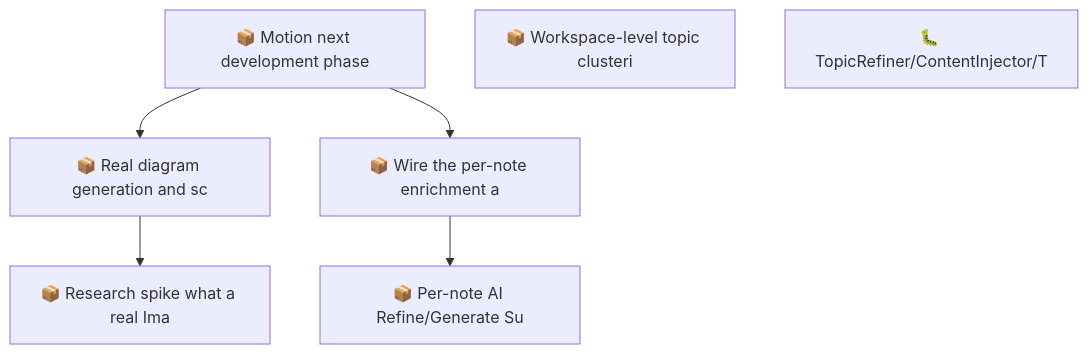
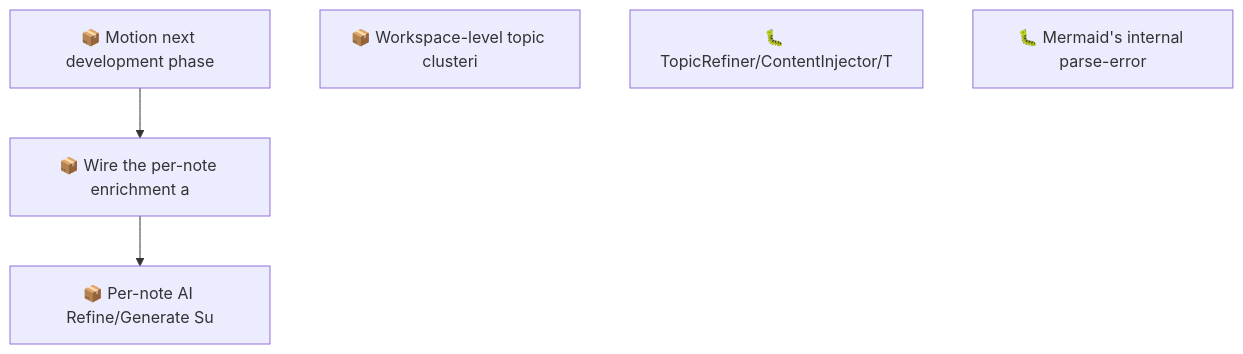
One commit to SpillwaveSolutions/motion changed the second of 2 diagrams in docs/roadmap.md. Above: the diagram before and after it, drawn with Mermaid. The commit also changed other lines of this file and 17 other files, not shown here.

````diff
--- a/docs/roadmap.md
+++ b/docs/roadmap.md
@@ -73,14 +67,11 @@
 ```mermaid
 graph TD
     01KYFZ6RBHABFSC9K9NJ90168Q["📦 Motion next development phase"]
-    01KYFZ6RBJ5718M3GQPAB76RHS["📦 Real diagram generation and sc"]
-    01KYFZ6RBJEYPZ9RX0F86490TM["📦 Research spike what a real Ima"]
     01KYFZ6RBJV920SFW0MAN9MX9J["📦 Wire the per-note enrichment a"]
     01KYFZ6RBJZNYDT9AK2V0RA11T["📦 Per-note AI Refine/Generate Su"]
     01KYFZ8RGR06XBSG9CH4TEWYJY["📦 Workspace-level topic clusteri"]
     01KYJW5XJ5HTG7ESZ7DDDS8W0C["🐛 TopicRefiner/ContentInjector/T"]
-    01KYFZ6RBHABFSC9K9NJ90168Q --> 01KYFZ6RBJ5718M3GQPAB76RHS
-    01KYFZ6RBJ5718M3GQPAB76RHS --> 01KYFZ6RBJEYPZ9RX0F86490TM
+    01KYJXSYEZ97M9638S91GYZWV0["🐛 Mermaid's internal parse-error"]
     01KYFZ6RBHABFSC9K9NJ90168Q --> 01KYFZ6RBJV920SFW0MAN9MX9J
     01KYFZ6RBJV920SFW0MAN9MX9J --> 01KYFZ6RBJZNYDT9AK2V0RA11T
 ```
````
